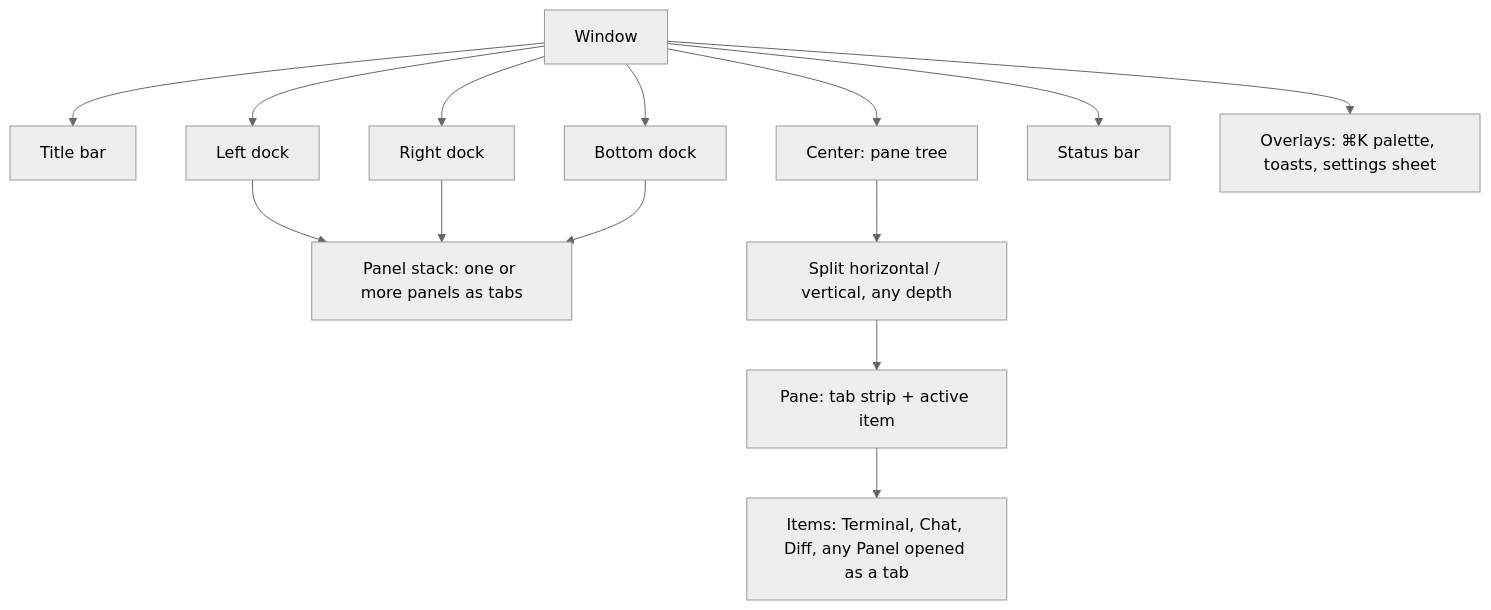
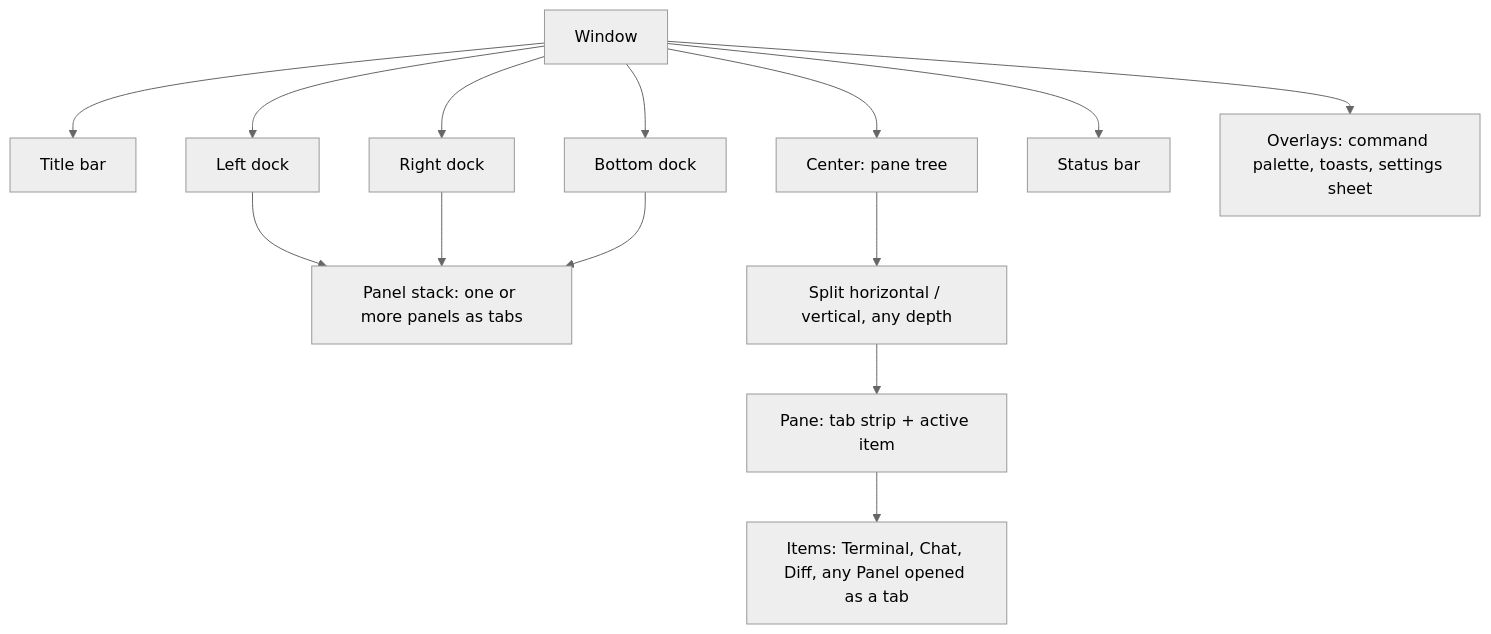
The first of 2 diagrams in docs/design.md (robertt3kuk/heeler), drawn with Mermaid (neutral theme) before and after one commit. The commit also changed other lines of this file and 24 other files, not shown here.

````diff
--- a/docs/design.md
+++ b/docs/design.md
@@ -25,14 +25,14 @@
 ```mermaid
 flowchart TB
   W[Window] --> TB[Title bar]
   W --> LD[Left dock]
   W --> RD[Right dock]
   W --> BD[Bottom dock]
   W --> C[Center: pane tree]
   W --> SB[Status bar]
-  W --> OV[Overlays: ⌘K palette, toasts, settings sheet]
+  W --> OV[Overlays: command palette, toasts, settings sheet]
   LD & RD & BD --> PS[Panel stack: one or more panels as tabs]
   C --> SPL[Split horizontal / vertical, any depth]
   SPL --> PANE[Pane: tab strip + active item]
   PANE --> IT[Items: Terminal, Chat, Diff, any Panel opened as a tab]
 ```
````
